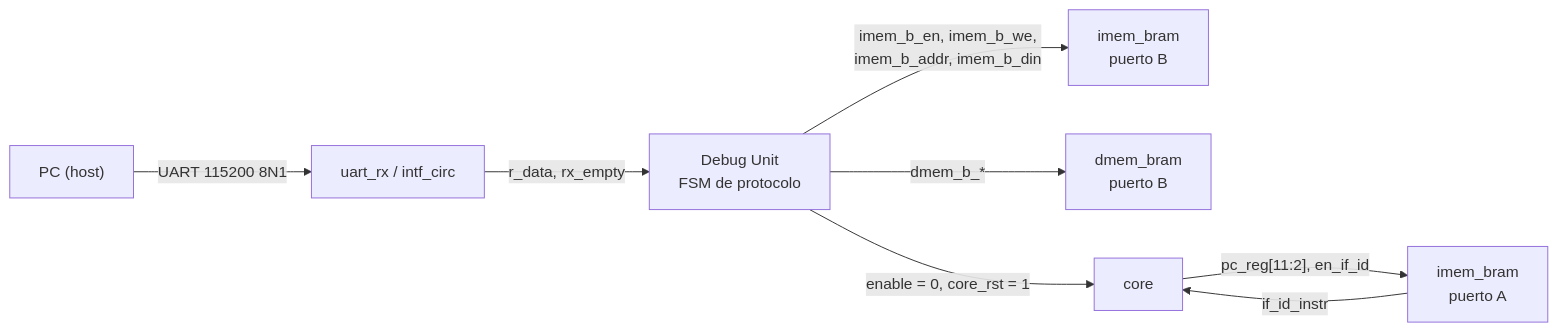
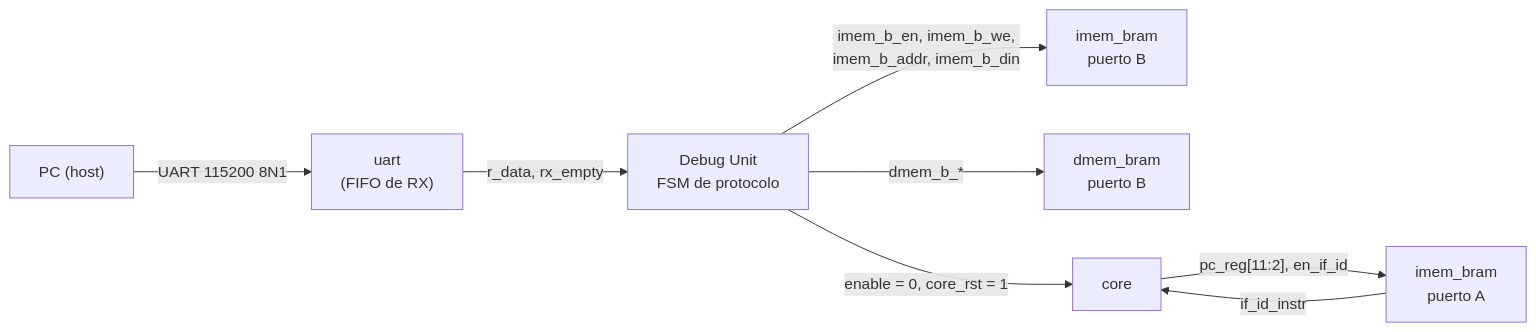
One commit to moreyrajulian/arquitectura_de_computadoras changed the diagram in docs/spec/memoria.md. Above: the diagram before and after it, drawn with Mermaid. The commit also changed 4 other files, not shown here.

````diff
--- a/docs/spec/memoria.md
+++ b/docs/spec/memoria.md
@@ -257,10 +257,10 @@
 ```mermaid
 flowchart LR
-    PC["PC (host)"] -- "UART 115200 8N1" --> UART["uart_rx / intf_circ"]
+    PC["PC (host)"] -- "UART 115200 8N1" --> UART["uart<br/>(FIFO de RX)"]
     UART -- "r_data, rx_empty" --> DU["Debug Unit<br/>FSM de protocolo"]
     DU -- "imem_b_en, imem_b_we,<br/>imem_b_addr, imem_b_din" --> IMB["imem_bram<br/>puerto B"]
     DU -- "dmem_b_*" --> DMB["dmem_bram<br/>puerto B"]
     DU -- "enable = 0, core_rst = 1" --> CORE["core"]
     CORE -- "pc_reg[11:2], en_if_id" --> IMA["imem_bram<br/>puerto A"]
     IMA -- "if_id_instr" --> CORE
 ```
````
